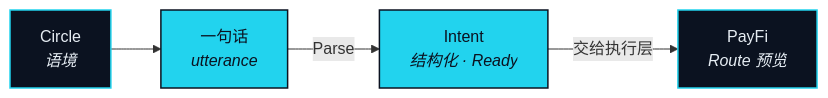
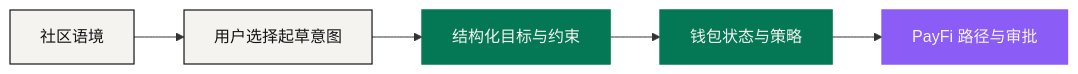
One commit to NEXONMarkets/NEXON-Whitepaper changed the diagram in docs/zh/04-product-stack/social.md. Above: the diagram before and after it, drawn with Mermaid. The commit also changed other lines of this file and 85 other files, not shown here.

````diff
--- a/docs/zh/04-product-stack/social.md
+++ b/docs/zh/04-product-stack/social.md
@@ -28,13 +20,13 @@
 ```mermaid
 flowchart LR
-    C["Circle<br/><i>语境</i>"] --> U["一句话<br/><i>utterance</i>"]
-    U -->|"Parse"| I["Intent<br/><i>结构化 · Ready</i>"]
-    I -->|"交给执行层"| P["PayFi<br/><i>Route 预览</i>"]
-    %% NEXON palette v0 · placeholder until VI locks
-    classDef navy  fill:#0B1220,stroke:#22D3EE,stroke-width:1.5px,color:#E6EDF3
-    classDef cyan  fill:#22D3EE,stroke:#0B1220,stroke-width:1.5px,color:#0B1220
-    classDef light fill:#E6EDF3,stroke:#0B1220,stroke-width:1px,color:#0B1220
-    classDef ghost fill:#FFFFFF,stroke:#22D3EE,stroke-width:1px,stroke-dasharray:4 3,color:#0B1220
-    class C,P navy
-    class U,I cyan
+    C["社区语境"] --> D["用户选择起草意图"]
+    D --> I["结构化目标与约束"]
+    I --> W["钱包状态与策略"]
+    W --> P["PayFi 路径与审批"]
+    classDef anchor fill:#047854,stroke:#047854,stroke-width:1.5px,color:#F5F3F0
+    classDef engine fill:#8B5CF6,stroke:#8B5CF6,stroke-width:1.5px,color:#F5F3F0
+    classDef solid  fill:#F5F3F0,stroke:#141414,stroke-width:1.2px,color:#141414
+    class C,D solid
+    class I,W anchor
+    class P engine
 ```
````
